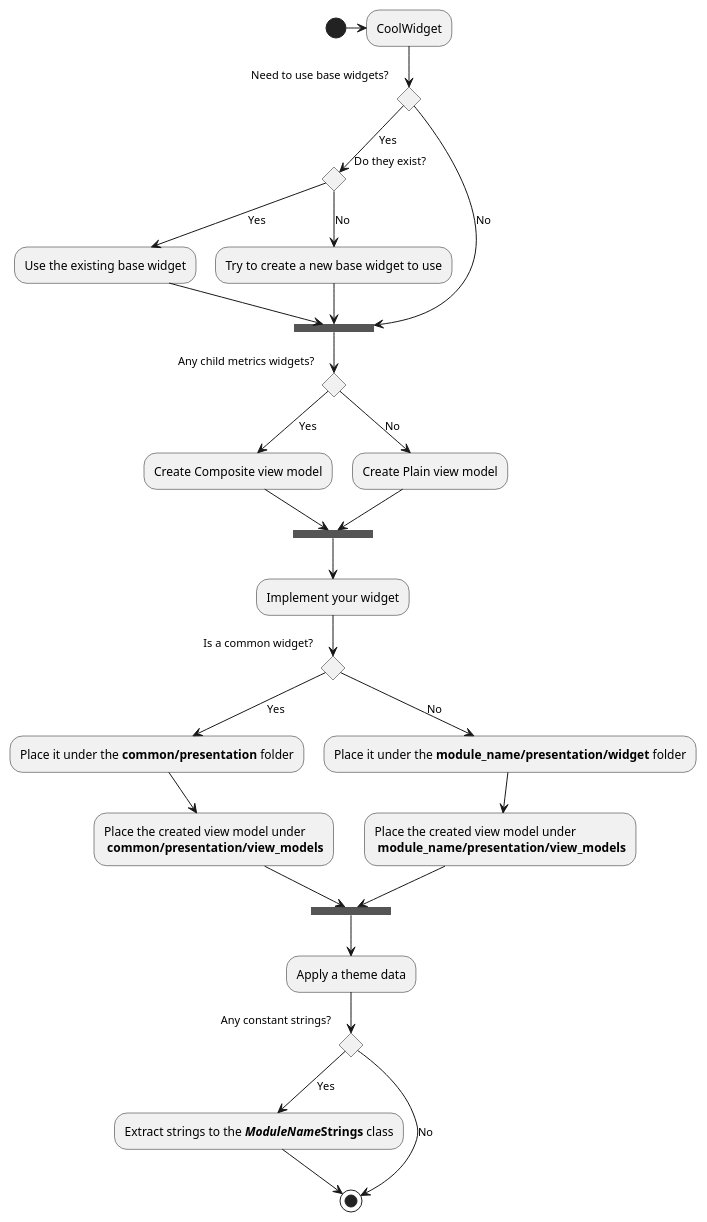
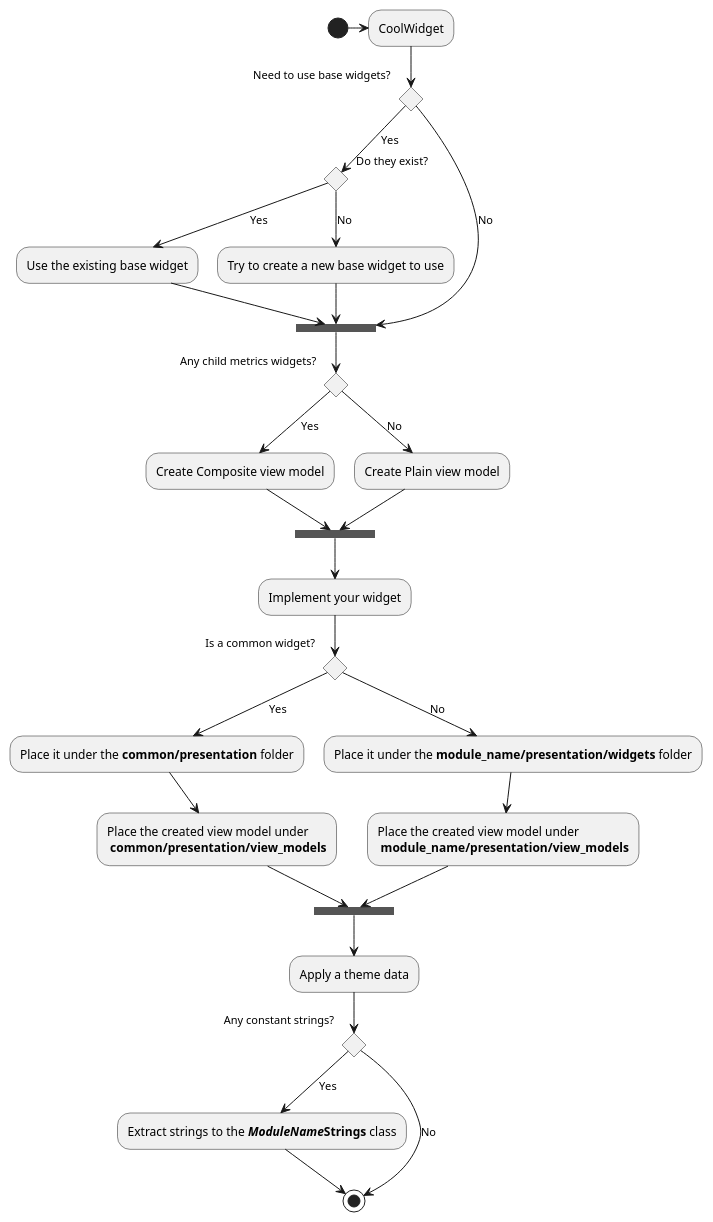
One commit to Flank/flank-dashboard changed the diagram in metrics/web/docs/diagrams/create_metrics_widget_activity_diagram.puml. Above: the diagram before and after it, drawn with PlantUML. The commit also changed 5 other files, not shown here.

Commit message:
fixes according to review suggestions + fix diagram links

```diff
--- a/metrics/web/docs/diagrams/create_metrics_widget_activity_diagram.puml
+++ b/metrics/web/docs/diagrams/create_metrics_widget_activity_diagram.puml
@@ -1,38 +1,38 @@
 @startuml create_metrics_widget_activity_diagram
 (*) -> CoolWidget
 --> if Need to use base widgets? then
 --> [Yes] if Do they exist? then
 --> [Yes] Use the existing base widget
 --> ===STEP1===
 else
 --> [No] Try to create a new base widget to use
 --> ===STEP1===
 endif
 else 
 --> [No] ===STEP1===
 endif
 --> if Any child metrics widgets? then
 --> [Yes] Create Composite view model 
 --> ===STEP2===
 else
 --> [No] Create Plain view model 
 --> ===STEP2===
 endif
 --> Implement your widget
 --> if Is a common widget? then
 --> [Yes] Place it under the **common/presentation** folder
 --> Place the created view model under \n **common/presentation/view_models**
 --> ===STEP3===
 else
---> [No] Place it under the **module_name/presentation/widget** folder
+--> [No] Place it under the **module_name/presentation/widgets** folder
 --> Place the created view model under \n **module_name/presentation/view_models**
 --> ===STEP3===
 endif
 --> Apply a theme data
 --> if Any constant strings? then
 --> [Yes] Extract strings to the **//ModuleName//Strings** class
 --> (*)
 else
 --> [No] (*)
 endif
 @enduml
```
